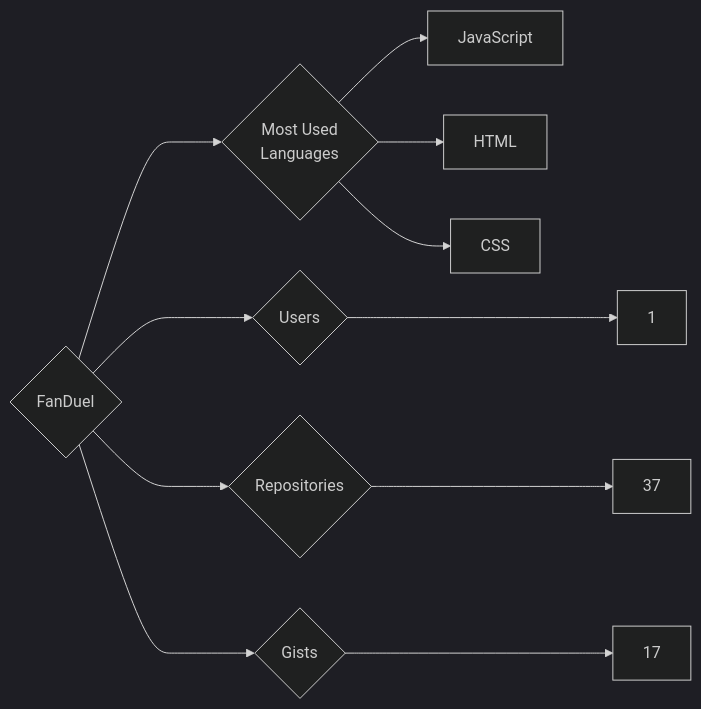
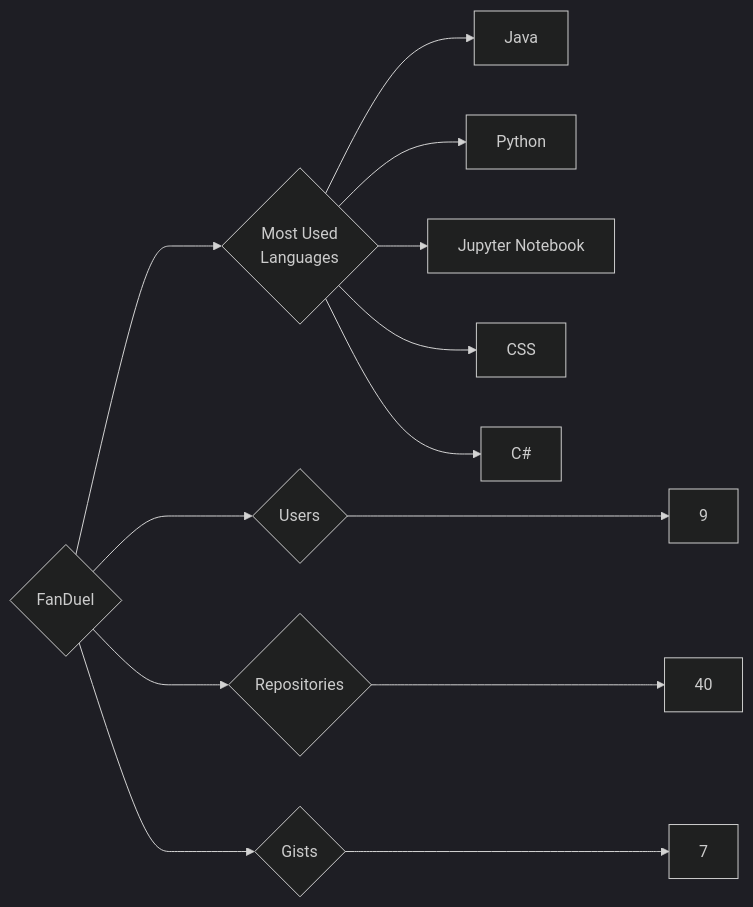
Before and after one commit to trickest/insiders: the diagram in targets/FanDuel/README.md, drawn with Mermaid (dark theme). The commit also changed 912 other files, not shown here.

````diff
--- a/targets/FanDuel/README.md
+++ b/targets/FanDuel/README.md
@@ -3,11 +3,13 @@
 ```mermaid
 graph LR
 COMPANY_NAME{FanDuel}
-COMPANY_NAME ---> U{Users} ---> UN[1]
-COMPANY_NAME ---> R{Repositories} ---> RN[37]
-COMPANY_NAME ---> G{Gists} ---> GN[17]
+COMPANY_NAME ---> U{Users} ---> UN[9]
+COMPANY_NAME ---> R{Repositories} ---> RN[40]
+COMPANY_NAME ---> G{Gists} ---> GN[7]
 COMPANY_NAME ---> ML{Most Used<br>Languages}
-ML --> JavaScript[JavaScript]
-ML --> HTML[HTML]
+ML --> Java[Java]
+ML --> Python[Python]
+ML --> Jupyter_Notebook[Jupyter Notebook]
 ML --> CSS[CSS]
+ML --> C#[C#]
 ```
````
